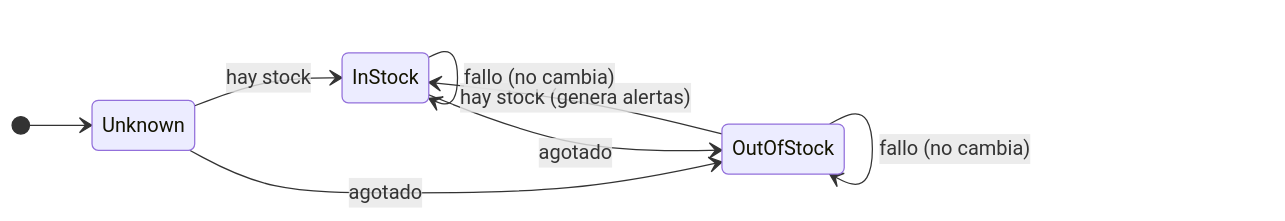
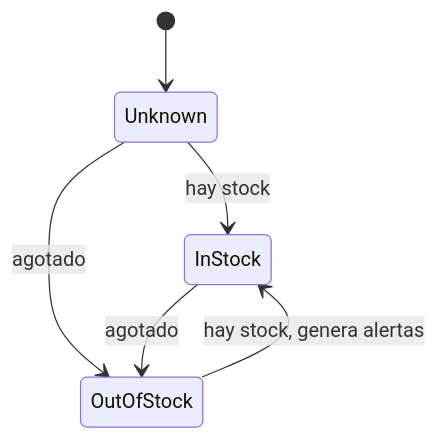
Before and after one commit to josemcastrodev/stock-alerts-api: the diagram in README.md, drawn with Mermaid. The commit also changed other lines of this file, not shown here.

Commit message:
Simplifica el diagrama de estados del README.

````diff
--- a/README.md
+++ b/README.md
@@ -86,11 +86,8 @@
 ```mermaid
 stateDiagram-v2
-    direction LR
     [*] --> Unknown
     Unknown --> InStock: hay stock
     Unknown --> OutOfStock: agotado
     InStock --> OutOfStock: agotado
-    OutOfStock --> InStock: hay stock (genera alertas)
-    InStock --> InStock: fallo (no cambia)
-    OutOfStock --> OutOfStock: fallo (no cambia)
+    OutOfStock --> InStock: hay stock, genera alertas
 ```
````
